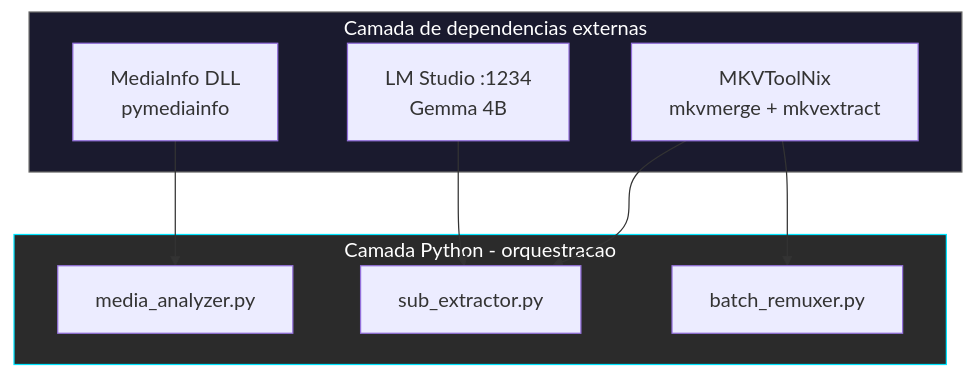
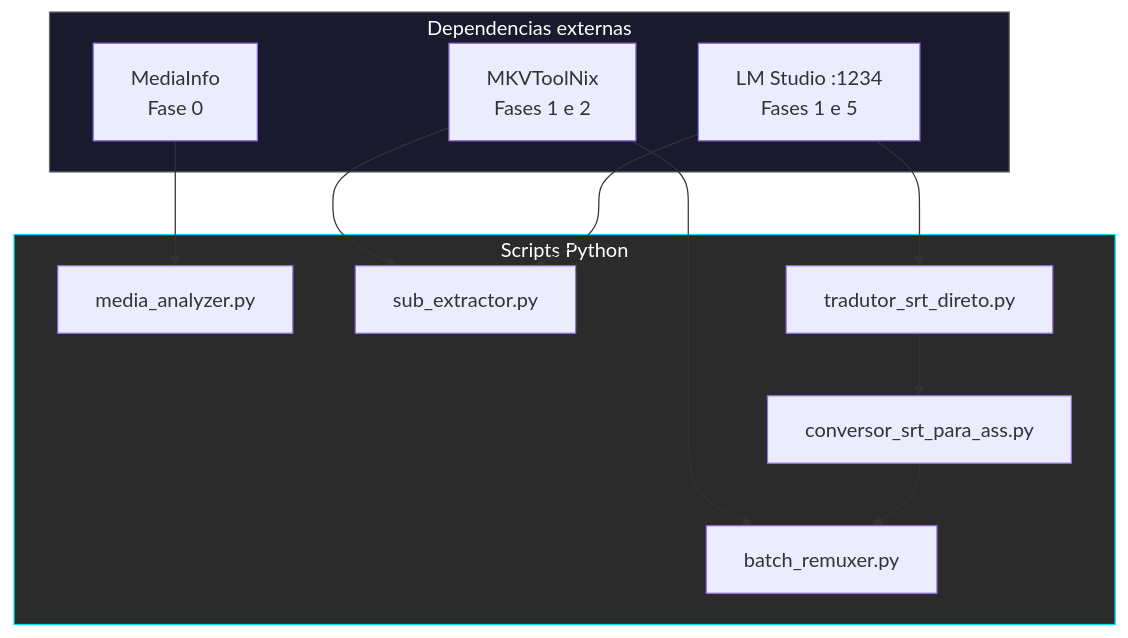
Before and after one commit to carmipa/projeto-tracker-animes-traducao: the third of 3 diagrams in docs/arquitetura.md, drawn with Mermaid. The commit also changed other lines of this file and 12 other files, not shown here.

Commit message:
docs: expand documentation to include new SRT processing pipeline, detailing phases for direct SRT translation and conversion to ASS format, along with updated installation and troubleshooting sections

````diff
--- a/docs/arquitetura.md
+++ b/docs/arquitetura.md
@@ -38,22 +66,27 @@
 ```mermaid
 flowchart TB
-    subgraph DEP["Camada de dependencias externas"]
-        MKVT["MKVToolNix<br/>mkvmerge + mkvextract"]
-        LM["LM Studio :1234<br/>Gemma 4B"]
-        MI["MediaInfo DLL<br/>pymediainfo"]
+    subgraph DEP["Dependencias externas"]
+        MKVT["MKVToolNix<br/>Fases 1 e 2"]
+        LM["LM Studio :1234<br/>Fases 1 e 5"]
+        MI["MediaInfo<br/>Fase 0"]
     end
 
-    subgraph PY["Camada Python - orquestracao"]
+    subgraph PY["Scripts Python"]
         S0["media_analyzer.py"]
         S1["sub_extractor.py"]
         S2["batch_remuxer.py"]
+        S5["tradutor_srt_direto.py"]
+        S6["conversor_srt_para_ass.py"]
     end
 
     MI --> S0
     MKVT --> S1
     MKVT --> S2
     LM --> S1
+    LM --> S5
+    S5 --> S6
+    S6 --> S2
 
     style DEP fill:#1a1a2e,stroke:#666,color:#fff
     style PY fill:#2b2b2b,stroke:#00E5FF,color:#fff
 ```
````
